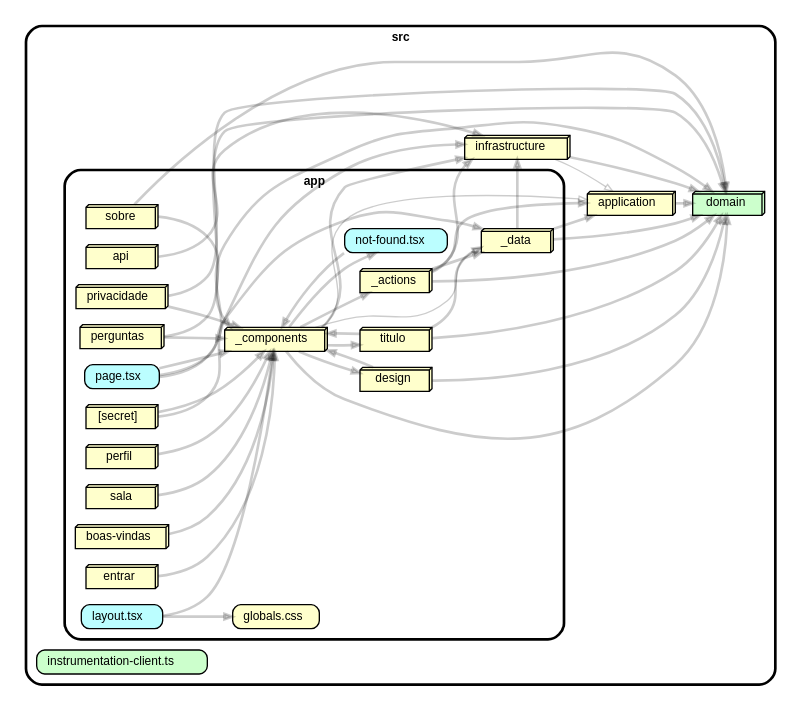
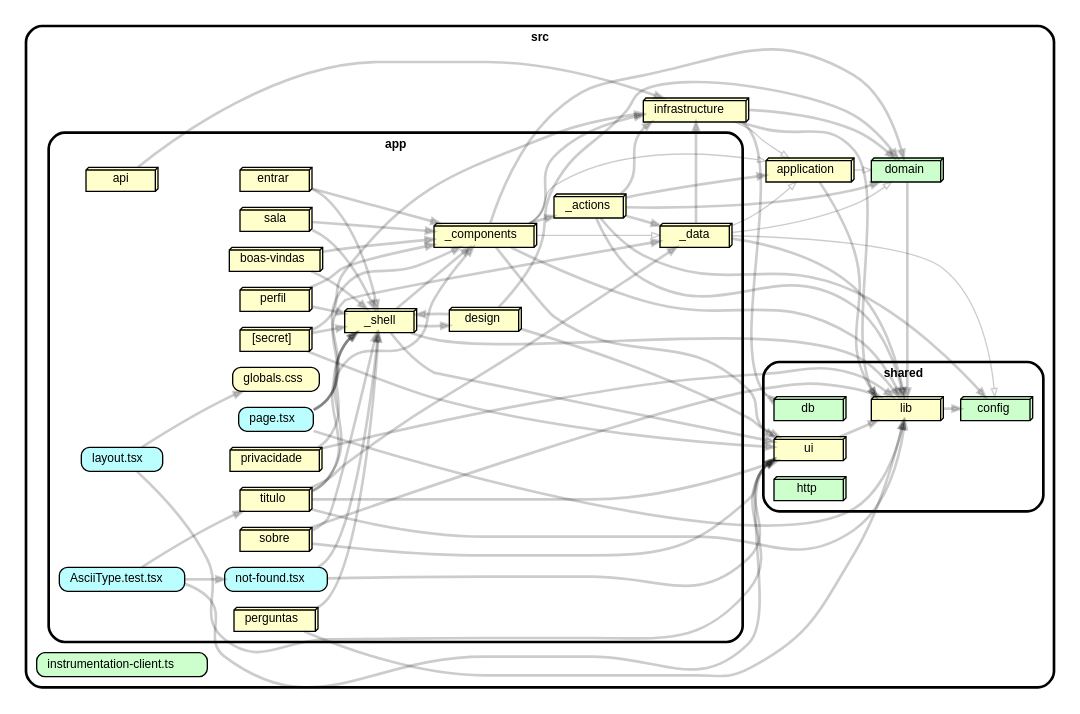
One commit to leonardocnl/kinne changed the diagram in docs/generated/dependencies.dot. Above: the diagram before and after it, drawn with Graphviz. The commit also changed 174 other files, not shown here.

Commit message:
refactor(shared): move shared code to src/shared and the page frame to src/app/_shell

```diff
--- a/docs/generated/dependencies.dot
+++ b/docs/generated/dependencies.dot
@@ -1,70 +1,104 @@
 strict digraph "dependency-cruiser output"{
     rankdir="LR" splines="true" overlap="false" nodesep="0.16" ranksep="0.18" fontname="Helvetica-bold" fontsize="9" style="rounded,bold,filled" fillcolor="#ffffff" compound="true"
     node [shape="box" style="rounded, filled" height="0.2" color="black" fillcolor="#ffffcc" fontcolor="black" fontname="Helvetica" fontsize="9"]
     edge [arrowhead="normal" arrowsize="0.6" penwidth="2.0" color="#00000033" fontname="Helvetica" fontsize="9"]
 
+    subgraph "cluster_src" {label="src" subgraph "cluster_src/app" {label="app" "src/app/AsciiType.test.tsx" [label=<AsciiType.test.tsx> tooltip="AsciiType.test.tsx" URL="src/app/AsciiType.test.tsx" fillcolor="#bbfeff"] } }
+    "src/app/AsciiType.test.tsx" -> "src/app/not-found.tsx"
+    "src/app/AsciiType.test.tsx" -> "src/app/titulo"
+    "src/app/AsciiType.test.tsx" -> "src/shared/ui"
     subgraph "cluster_src" {label="src" subgraph "cluster_src/app" {label="app" "src/app/[secret]" [label=<[secret]> tooltip="[secret]" URL="src/app/[secret]" shape="box3d"] } }
-    "src/app/[secret]" -> "src/app/_components"
     "src/app/[secret]" -> "src/infrastructure"
+    "src/app/[secret]" -> "src/shared/ui"
+    "src/app/[secret]" -> "src/app/_shell"
     subgraph "cluster_src" {label="src" subgraph "cluster_src/app" {label="app" "src/app/_actions" [label=<_actions> tooltip="_actions" URL="src/app/_actions" shape="box3d"] } }
     "src/app/_actions" -> "src/app/_data"
     "src/app/_actions" -> "src/application"
+    "src/app/_actions" -> "src/domain"
     "src/app/_actions" -> "src/infrastructure"
-    "src/app/_actions" -> "src/domain"
+    "src/app/_actions" -> "src/shared/config"
+    "src/app/_actions" -> "src/shared/lib"
     subgraph "cluster_src" {label="src" subgraph "cluster_src/app" {label="app" "src/app/_components" [label=<_components> tooltip="_components" URL="src/app/_components" shape="box3d"] } }
+    "src/app/_components" -> "src/shared/ui"
+    "src/app/_components" -> "src/app/_actions"
     "src/app/_components" -> "src/domain"
-    "src/app/_components" -> "src/app/_actions"
+    "src/app/_components" -> "src/infrastructure"
     "src/app/_components" -> "src/application" [arrowhead="onormal" penwidth="1.0"]
-    "src/app/_components" -> "src/infrastructure"
     "src/app/_components" -> "src/app/_data" [arrowhead="onormal" penwidth="1.0"]
-    "src/app/_components" -> "src/app/not-found.tsx"
-    "src/app/_components" -> "src/app/titulo"
-    "src/app/_components" -> "src/app/design"
+    "src/app/_components" -> "src/shared/lib"
     subgraph "cluster_src" {label="src" subgraph "cluster_src/app" {label="app" "src/app/_data" [label=<_data> tooltip="_data" URL="src/app/_data" shape="box3d"] } }
-    "src/app/_data" -> "src/application"
-    "src/app/_data" -> "src/domain"
+    "src/app/_data" -> "src/application" [arrowhead="onormal" penwidth="1.0"]
+    "src/app/_data" -> "src/domain" [arrowhead="onormal" penwidth="1.0"]
     "src/app/_data" -> "src/infrastructure"
+    "src/app/_data" -> "src/shared/config" [arrowhead="onormal" penwidth="1.0"]
+    "src/app/_data" -> "src/shared/lib"
+    subgraph "cluster_src" {label="src" subgraph "cluster_src/app" {label="app" "src/app/_shell" [label=<_shell> tooltip="_shell" URL="src/app/_shell" shape="box3d"] } }
+    "src/app/_shell" -> "src/shared/lib"
+    "src/app/_shell" -> "src/shared/ui"
+    "src/app/_shell" -> "src/app/_components"
+    "src/app/_shell" -> "src/app/design"
     subgraph "cluster_src" {label="src" subgraph "cluster_src/app" {label="app" "src/app/api" [label=<api> tooltip="api" URL="src/app/api" shape="box3d"] } }
     "src/app/api" -> "src/infrastructure"
     subgraph "cluster_src" {label="src" subgraph "cluster_src/app" {label="app" "src/app/boas-vindas" [label=<boas-vindas> tooltip="boas-vindas" URL="src/app/boas-vindas" shape="box3d"] } }
     "src/app/boas-vindas" -> "src/app/_components"
+    "src/app/boas-vindas" -> "src/app/_shell"
     subgraph "cluster_src" {label="src" subgraph "cluster_src/app" {label="app" "src/app/design" [label=<design> tooltip="design" URL="src/app/design" shape="box3d"] } }
-    "src/app/design" -> "src/app/_components"
+    "src/app/design" -> "src/shared/ui"
+    "src/app/design" -> "src/app/_shell"
     "src/app/design" -> "src/domain"
     subgraph "cluster_src" {label="src" subgraph "cluster_src/app" {label="app" "src/app/entrar" [label=<entrar> tooltip="entrar" URL="src/app/entrar" shape="box3d"] } }
     "src/app/entrar" -> "src/app/_components"
+    "src/app/entrar" -> "src/app/_shell"
     subgraph "cluster_src" {label="src" subgraph "cluster_src/app" {label="app" "src/app/globals.css" [label=<globals.css> tooltip="globals.css" URL="src/app/globals.css" ] } }
     subgraph "cluster_src" {label="src" subgraph "cluster_src/app" {label="app" "src/app/layout.tsx" [label=<layout.tsx> tooltip="layout.tsx" URL="src/app/layout.tsx" fillcolor="#bbfeff"] } }
-    "src/app/layout.tsx" -> "src/app/_components"
     "src/app/layout.tsx" -> "src/app/globals.css"
+    "src/app/layout.tsx" -> "src/shared/ui"
     subgraph "cluster_src" {label="src" subgraph "cluster_src/app" {label="app" "src/app/not-found.tsx" [label=<not-found.tsx> tooltip="not-found.tsx" URL="src/app/not-found.tsx" fillcolor="#bbfeff"] } }
-    "src/app/not-found.tsx" -> "src/app/_components"
+    "src/app/not-found.tsx" -> "src/app/_shell"
+    "src/app/not-found.tsx" -> "src/shared/ui"
     subgraph "cluster_src" {label="src" subgraph "cluster_src/app" {label="app" "src/app/page.tsx" [label=<page.tsx> tooltip="page.tsx" URL="src/app/page.tsx" fillcolor="#bbfeff"] } }
     "src/app/page.tsx" -> "src/app/_components"
     "src/app/page.tsx" -> "src/app/_data"
-    "src/app/page.tsx" -> "src/domain"
+    "src/app/page.tsx" -> "src/app/_shell"
+    "src/app/page.tsx" -> "src/shared/lib"
     subgraph "cluster_src" {label="src" subgraph "cluster_src/app" {label="app" "src/app/perfil" [label=<perfil> tooltip="perfil" URL="src/app/perfil" shape="box3d"] } }
     "src/app/perfil" -> "src/app/_components"
+    "src/app/perfil" -> "src/app/_shell"
     subgraph "cluster_src" {label="src" subgraph "cluster_src/app" {label="app" "src/app/perguntas" [label=<perguntas> tooltip="perguntas" URL="src/app/perguntas" shape="box3d"] } }
-    "src/app/perguntas" -> "src/app/_components"
-    "src/app/perguntas" -> "src/domain"
+    "src/app/perguntas" -> "src/app/_shell"
+    "src/app/perguntas" -> "src/shared/lib"
     subgraph "cluster_src" {label="src" subgraph "cluster_src/app" {label="app" "src/app/privacidade" [label=<privacidade> tooltip="privacidade" URL="src/app/privacidade" shape="box3d"] } }
-    "src/app/privacidade" -> "src/app/_components"
-    "src/app/privacidade" -> "src/domain"
+    "src/app/privacidade" -> "src/app/_shell"
+    "src/app/privacidade" -> "src/shared/lib"
     subgraph "cluster_src" {label="src" subgraph "cluster_src/app" {label="app" "src/app/sala" [label=<sala> tooltip="sala" URL="src/app/sala" shape="box3d"] } }
     "src/app/sala" -> "src/app/_components"
+    "src/app/sala" -> "src/app/_shell"
     subgraph "cluster_src" {label="src" subgraph "cluster_src/app" {label="app" "src/app/sobre" [label=<sobre> tooltip="sobre" URL="src/app/sobre" shape="box3d"] } }
-    "src/app/sobre" -> "src/app/_components"
-    "src/app/sobre" -> "src/domain"
+    "src/app/sobre" -> "src/shared/lib"
+    "src/app/sobre" -> "src/shared/ui"
+    "src/app/sobre" -> "src/app/_shell"
     subgraph "cluster_src" {label="src" subgraph "cluster_src/app" {label="app" "src/app/titulo" [label=<titulo> tooltip="titulo" URL="src/app/titulo" shape="box3d"] } }
+    "src/app/titulo" -> "src/shared/ui"
     "src/app/titulo" -> "src/app/_components"
     "src/app/titulo" -> "src/app/_data"
-    "src/app/titulo" -> "src/domain"
+    "src/app/titulo" -> "src/shared/lib"
+    "src/app/titulo" -> "src/app/_shell"
     subgraph "cluster_src" {label="src" "src/application" [label=<application> tooltip="application" URL="src/application" shape="box3d"] }
-    "src/application" -> "src/domain"
+    "src/application" -> "src/domain" [arrowhead="onormal" penwidth="1.0"]
+    "src/application" -> "src/shared/lib"
     subgraph "cluster_src" {label="src" "src/domain" [label=<domain> tooltip="domain" URL="src/domain" fillcolor="#ccffcc" shape="box3d"] }
+    "src/domain" -> "src/shared/lib"
     subgraph "cluster_src" {label="src" "src/infrastructure" [label=<infrastructure> tooltip="infrastructure" URL="src/infrastructure" shape="box3d"] }
     "src/infrastructure" -> "src/domain"
+    "src/infrastructure" -> "src/shared/db" [arrowhead="inv"]
     "src/infrastructure" -> "src/application" [arrowhead="onormal" penwidth="1.0"]
+    "src/infrastructure" -> "src/shared/lib"
     subgraph "cluster_src" {label="src" "src/instrumentation-client.ts" [label=<instrumentation-client.ts> tooltip="instrumentation-client.ts" URL="src/instrumentation-client.ts" fillcolor="#ccffcc"] }
+    subgraph "cluster_src" {label="src" subgraph "cluster_src/shared" {label="shared" "src/shared/config" [label=<config> tooltip="config" URL="src/shared/config" fillcolor="#ccffcc" shape="box3d"] } }
+    subgraph "cluster_src" {label="src" subgraph "cluster_src/shared" {label="shared" "src/shared/db" [label=<db> tooltip="db" URL="src/shared/db" fillcolor="#ccffcc" shape="box3d"] } }
+    subgraph "cluster_src" {label="src" subgraph "cluster_src/shared" {label="shared" "src/shared/http" [label=<http> tooltip="http" URL="src/shared/http" fillcolor="#ccffcc" shape="box3d"] } }
+    subgraph "cluster_src" {label="src" subgraph "cluster_src/shared" {label="shared" "src/shared/lib" [label=<lib> tooltip="lib" URL="src/shared/lib" shape="box3d"] } }
+    "src/shared/lib" -> "src/shared/config"
+    subgraph "cluster_src" {label="src" subgraph "cluster_src/shared" {label="shared" "src/shared/ui" [label=<ui> tooltip="ui" URL="src/shared/ui" shape="box3d"] } }
+    "src/shared/ui" -> "src/shared/lib"
 }
```
